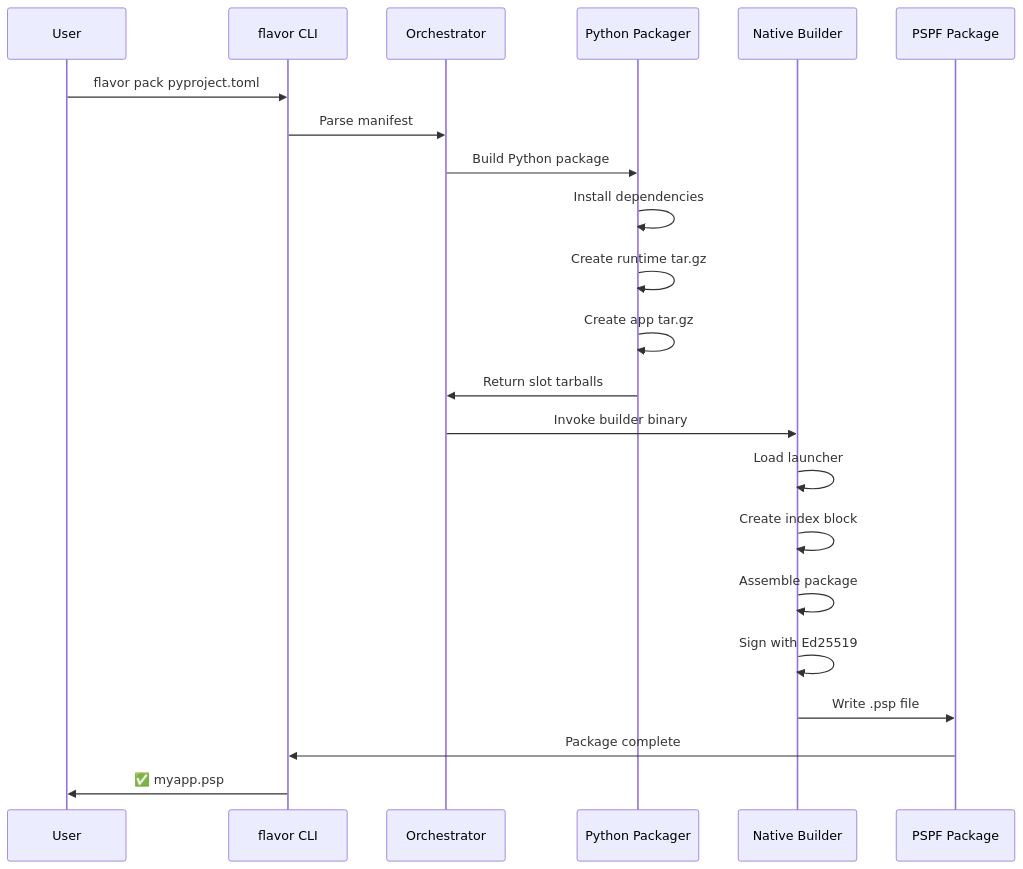
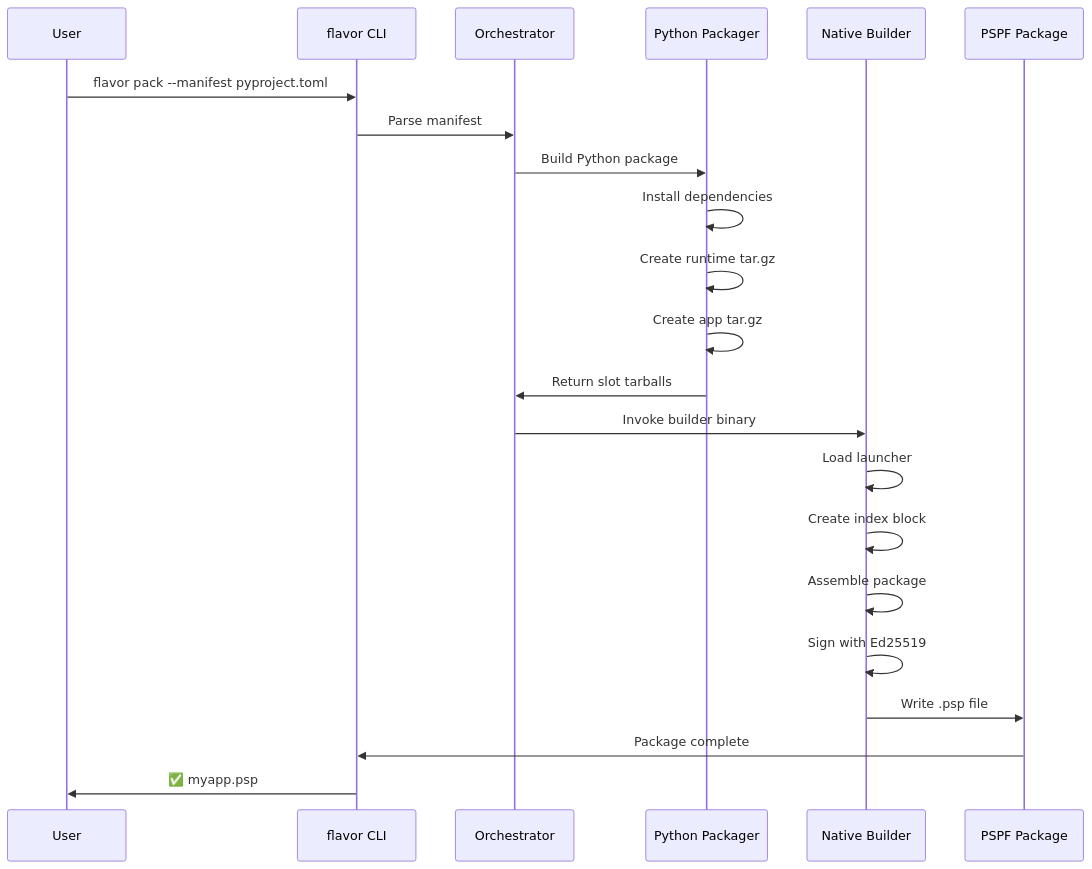
Before and after one commit to provide-io/flavorpack: the diagram in docs/guide/packaging/index.md, drawn with Mermaid. The commit also changed other lines of this file and 82 other files, not shown here.

````diff
--- a/docs/guide/packaging/index.md
+++ b/docs/guide/packaging/index.md
@@ -53,25 +53,25 @@
 ```mermaid
 sequenceDiagram
     participant User
     participant CLI as flavor CLI
     participant Orch as Orchestrator
     participant PyPkg as Python Packager
     participant Builder as Native Builder
     participant Package as PSPF Package
 
-    User->>CLI: flavor pack pyproject.toml
+    User->>CLI: flavor pack --manifest pyproject.toml
     CLI->>Orch: Parse manifest
     Orch->>PyPkg: Build Python package
     PyPkg->>PyPkg: Install dependencies
     PyPkg->>PyPkg: Create runtime tar.gz
     PyPkg->>PyPkg: Create app tar.gz
     PyPkg->>Orch: Return slot tarballs
     Orch->>Builder: Invoke builder binary
     Builder->>Builder: Load launcher
     Builder->>Builder: Create index block
     Builder->>Builder: Assemble package
     Builder->>Builder: Sign with Ed25519
     Builder->>Package: Write .psp file
     Package->>CLI: Package complete
     CLI->>User: ✅ myapp.psp
 ```
````
